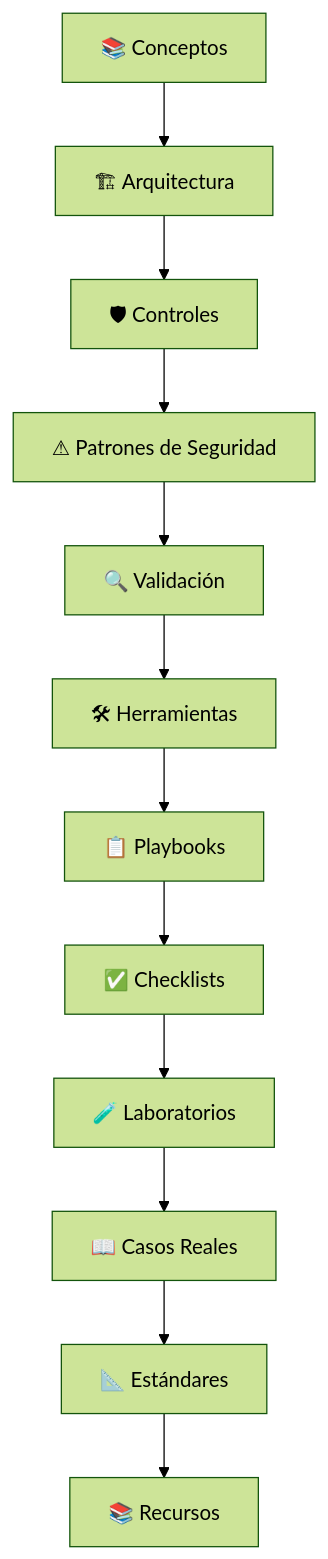
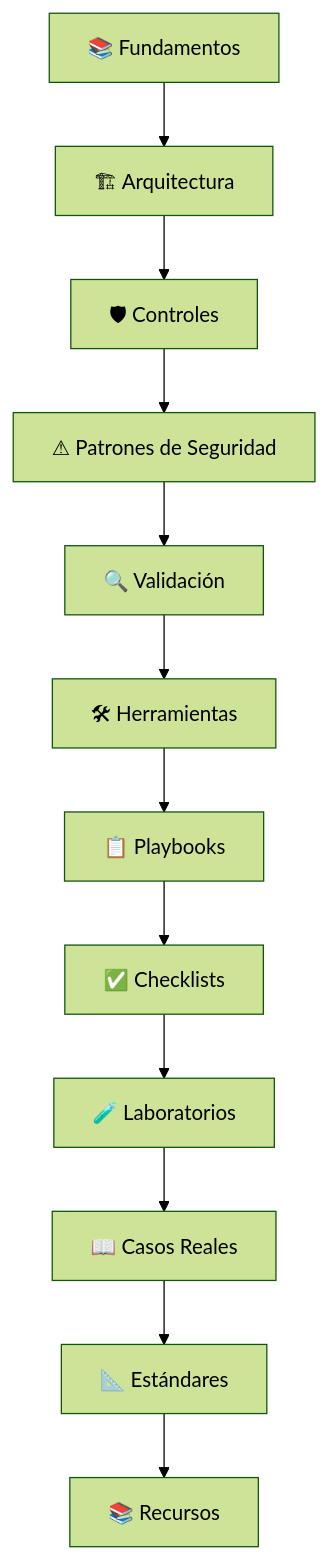
Before and after one commit to rodrigoquintanasec/application-security: the diagram in README.md, drawn with Mermaid (forest theme).

````diff
--- a/README.md
+++ b/README.md
@@ -47,25 +47,25 @@
 ```mermaid
 flowchart TD
 
-A["📚 Conceptos"] --> B["🏗 Arquitectura"]
+A["📚 Fundamentos"] --> B["🏗 Arquitectura"]
 
 B --> C["🛡 Controles"]
 
 C --> D["⚠ Patrones de Seguridad"]
 
 D --> E["🔍 Validación"]
 
 E --> F["🛠 Herramientas"]
 
 F --> G["📋 Playbooks"]
 
 G --> H["✅ Checklists"]
 
 H --> I["🧪 Laboratorios"]
 
 I --> J["📖 Casos Reales"]
 
 J --> K["📐 Estándares"]
 
 K --> L["📚 Recursos"]
 ```
````
